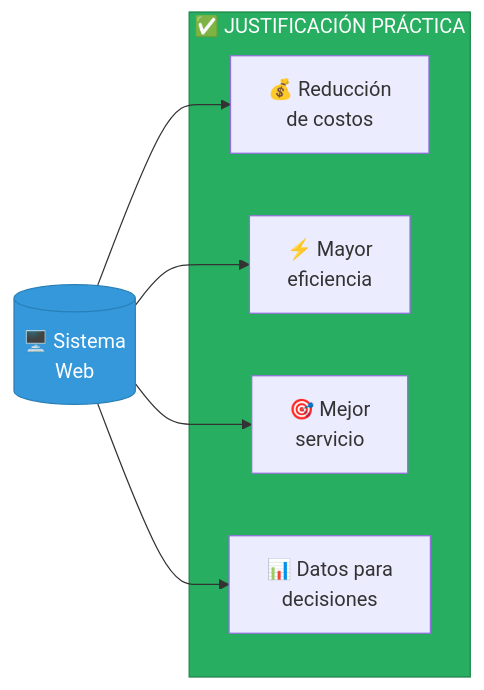
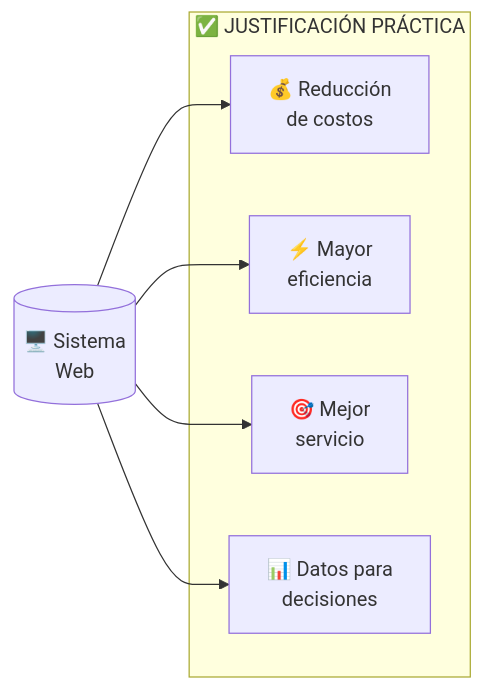
Before and after one commit to decagraff/LCService: the fourth of 6 diagrams in docs/02-planteamiento-problema/README.md, drawn with Mermaid. The commit also changed other lines of this file and 7 other files, not shown here.

````diff
--- a/docs/02-planteamiento-problema/README.md
+++ b/docs/02-planteamiento-problema/README.md
@@ -118,19 +113,17 @@
 ```mermaid
 graph LR
     subgraph justificacion["✅ JUSTIFICACIÓN PRÁCTICA"]
         J1["💰 Reducción<br/>de costos"]
         J2["⚡ Mayor<br/>eficiencia"]
         J3["🎯 Mejor<br/>servicio"]
         J4["📊 Datos para<br/>decisiones"]
     end
 
     SISTEMA[("🖥️ Sistema<br/>Web")]
 
     SISTEMA --> J1
     SISTEMA --> J2
     SISTEMA --> J3
     SISTEMA --> J4
 
-    style SISTEMA fill:#3498db,stroke:#2980b9,color:#fff
-    style justificacion fill:#27ae60,stroke:#1e8449,color:#fff
 ```
````
